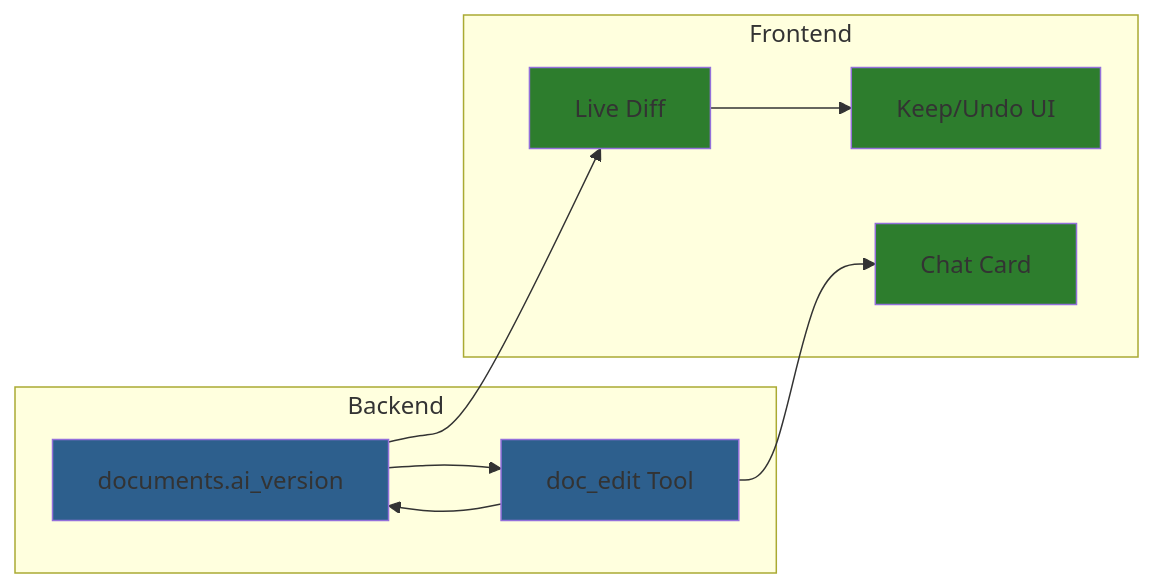
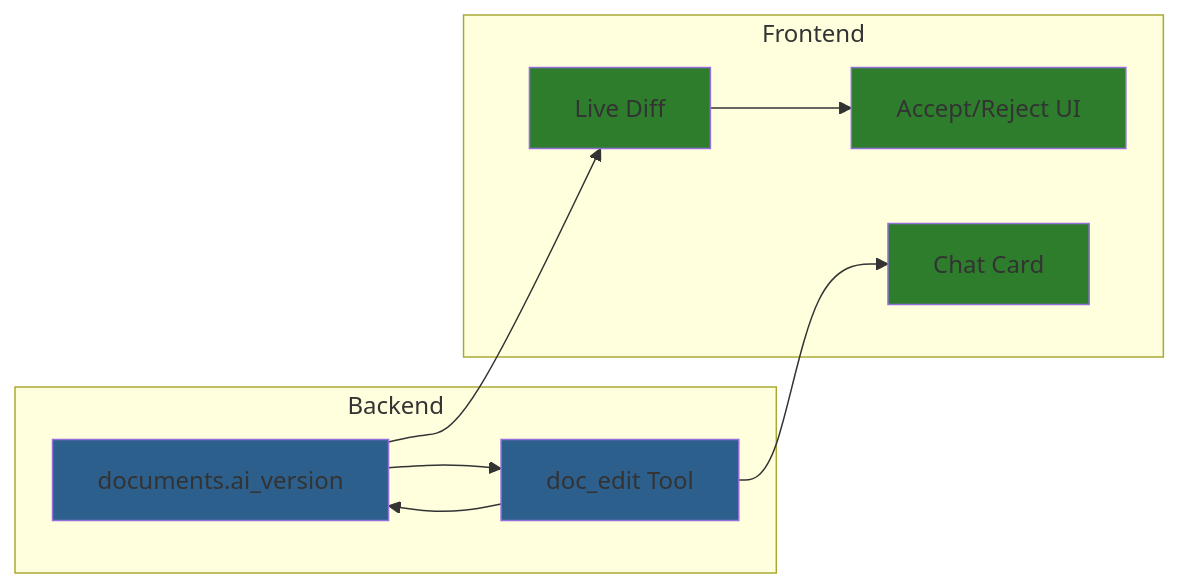
One commit to haowjy/meridian changed the first of 2 diagrams in _docs/plans/ai-editing/README.md. Above: the diagram before and after it, drawn with Mermaid. The commit also changed other lines of this file and 17 other files, not shown here.

Commit message:
rename undo/redo -> accept/reject

````diff
--- a/_docs/plans/ai-editing/README.md
+++ b/_docs/plans/ai-editing/README.md
@@ -16,21 +16,21 @@
 ```mermaid
 flowchart LR
     subgraph Backend
         D[documents.ai_version] --> T[doc_edit Tool]
     end
 
     subgraph Frontend
-        DIFF[Live Diff] --> UI[Keep/Undo UI]
+        DIFF[Live Diff] --> UI[Accept/Reject UI]
         C[Chat Card]
     end
 
     T --> D
     D --> DIFF
     T --> C
 
     style D fill:#2d5f8d
     style T fill:#2d5f8d
     style DIFF fill:#2d7d2d
     style UI fill:#2d7d2d
     style C fill:#2d7d2d
 ```
````
